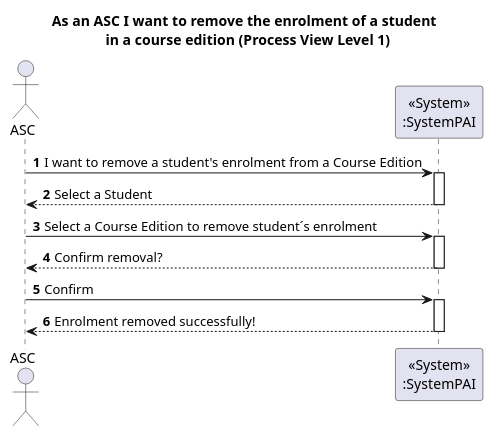
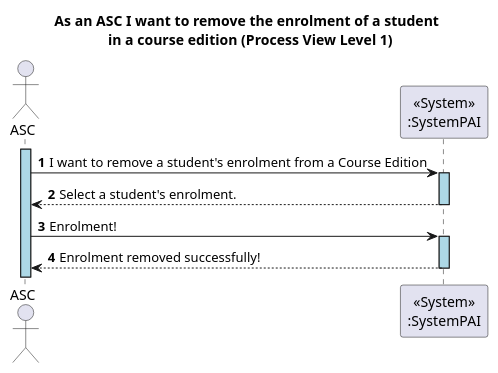
Before and after one commit to GasparISEP/DevOps-PAI: the diagram in docs/US35/ProcessView/Level1-removeStudentFromCourseEdition.puml, drawn with PlantUML.

Commit message:
Improve Process View's Level 1 Diagram. Refs #657

```diff
--- a/docs/US35/ProcessView/Level1-removeStudentFromCourseEdition.puml
+++ b/docs/US35/ProcessView/Level1-removeStudentFromCourseEdition.puml
@@ -1,25 +1,21 @@
 @startuml
 autonumber
 
 title As an ASC I want to remove the enrolment of a student \n in a course edition (Process View Level 1)
+skinparam sequenceLifeLineBackgroundColor #lightblue
 
 actor ASC as Admin
 participant "<<System>>\n:SystemPAI" as System
 
-
+activate Admin
 Admin -> System : I want to remove a student's enrolment from a Course Edition
 activate System
-System --> Admin : Select a Student
+System --> Admin : Select a student's enrolment.
 deactivate System
 
-Admin -> System : Select a Course Edition to remove student´s enrolment
-activate System
-System --> Admin : Confirm removal?
-deactivate System
-
-Admin -> System : Confirm
+Admin -> System : Enrolment!
 activate System
 System --> Admin : Enrolment removed successfully!
 deactivate System
 
 @enduml
```
